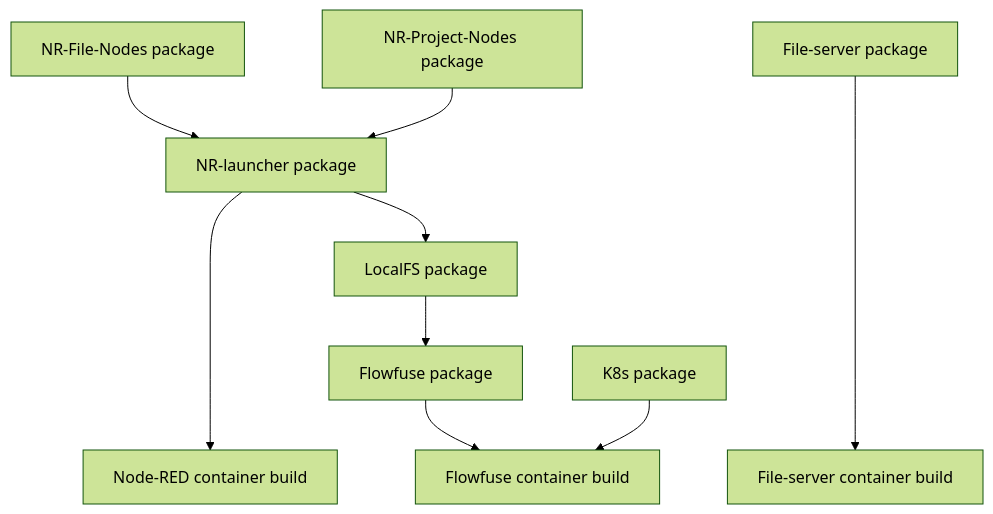
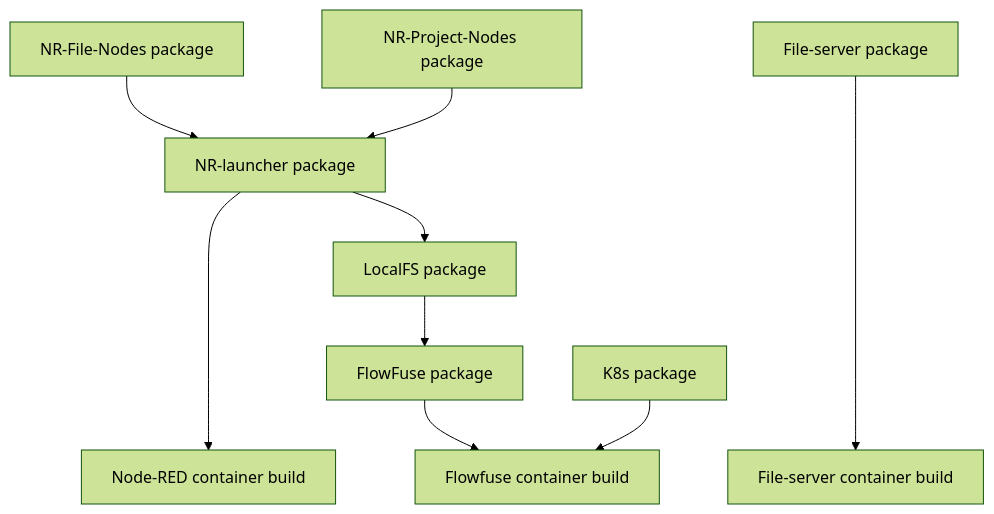
One commit to FlowFuse/website changed the diagram in src/handbook/development/ops/deployment.md. Above: the diagram before and after it, drawn with Mermaid (forest theme).

Commit message:
Apply suggestion from @ZJvandeWeg

````diff
--- a/src/handbook/development/ops/deployment.md
+++ b/src/handbook/development/ops/deployment.md
@@ -9,19 +9,19 @@
 ```mermaid
 graph TB
     A[NR-File-Nodes package] & C[NR-Project-Nodes package] --> B[NR-launcher package]
     B ----> X[Node-RED container build]
     B --> D[LocalFS package]
-    D --> E[Flowfuse package]
+    D --> E[FlowFuse package]
     E & F[K8s package] --> Y[Flowfuse container build]
     G[File-server package] -----> Z[File-server container build]
     click A href "https://github.com/FlowFuse/nr-file-nodes/blob/main/.github/workflows/publish.yml" "NR-File-Nodes package" _blank
     click B href "https://github.com/FlowFuse/nr-launcher/blob/main/.github/workflows/publish.yml" "NR-launcher package" _blank
     click C href "https://github.com/FlowFuse/nr-project-nodes/blob/main/.github/workflows/publish.yml" _blank
     click D href "https://github.com/FlowFuse/driver-localfs/blob/main/.github/workflows/publish.yml" _blank
     click E href "https://github.com/FlowFuse/flowfuse/blob/main/.github/workflows/publish.yml" _blank
     click F href "https://github.com/FlowFuse/driver-k8s/blob/main/.github/workflows/publish.yml" _blank
     click G href "https://github.com/FlowFuse/file-server/blob/main/.github/workflows/publish.yml" _blank
     click X href "https://github.com/FlowFuse/helm/blob/main/.github/workflows/nodered-container.yml" _blank
     click Y href "https://github.com/FlowFuse/helm/blob/main/.github/workflows/flowforge-container.yml" _blank
     click Z href "https://github.com/FlowFuse/helm/blob/main/.github/workflows/fileserver-container.yml" _blank
 ```
````
